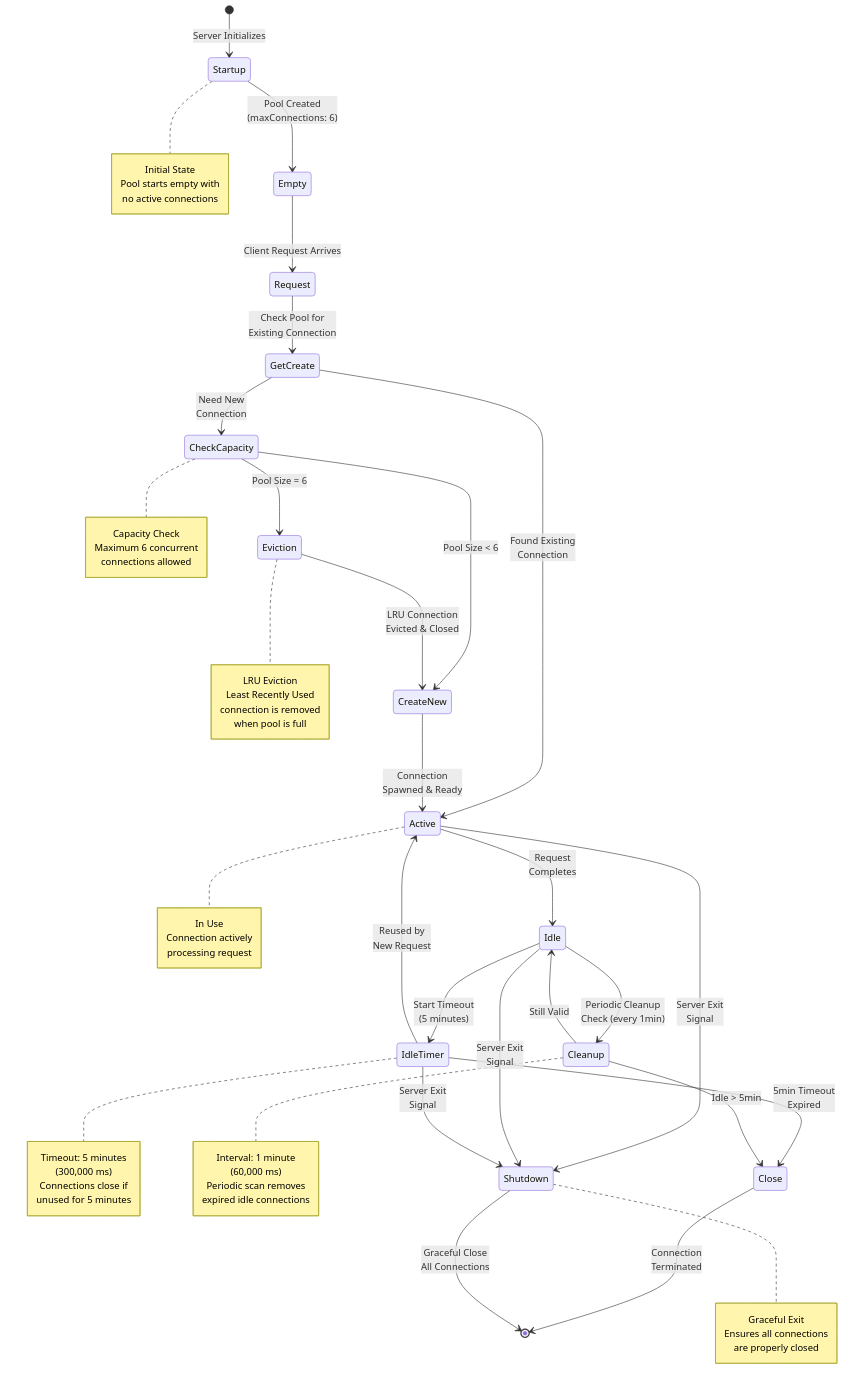
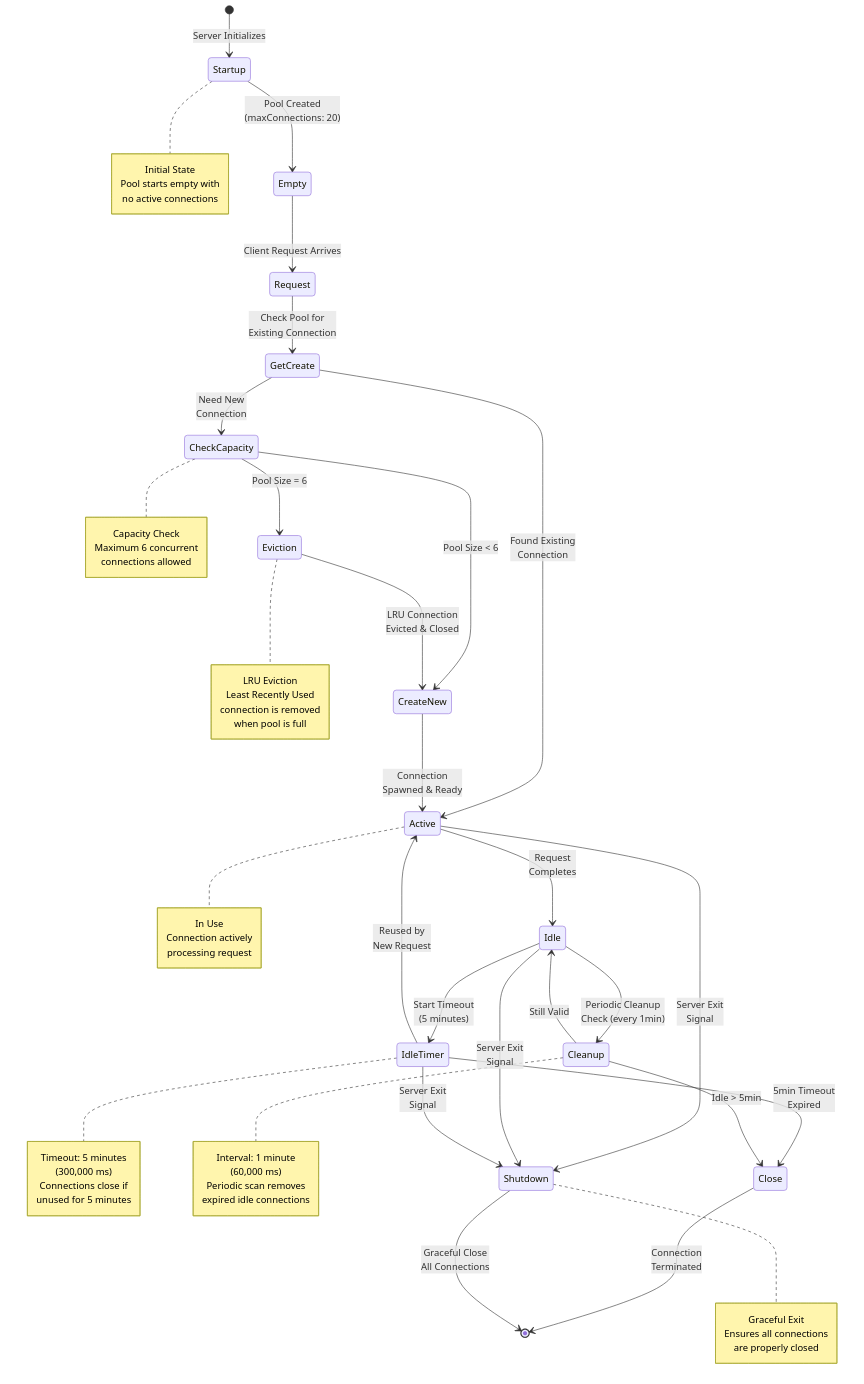
The diagram in projects/meta-mcp-server/docs/diagrams/03-pool-lifecycle.md (blueman82/mcp-exec), drawn with Mermaid before and after one commit. The commit also changed 6 other files, not shown here.

Commit message:
fix: Correct maxConnections default value from 6 to 20 in all diagrams

```diff
--- a/projects/meta-mcp-server/docs/diagrams/03-pool-lifecycle.md
+++ b/projects/meta-mcp-server/docs/diagrams/03-pool-lifecycle.md
@@ -8,7 +8,7 @@
 stateDiagram-v2
     [*] --> Startup: Server Initializes
 
-    Startup --> Empty: Pool Created<br/>(maxConnections: 6)
+    Startup --> Empty: Pool Created<br/>(maxConnections: 20)
 
     Empty --> Request: Client Request Arrives
     Request --> GetCreate: Check Pool for<br/>Existing Connection
```
